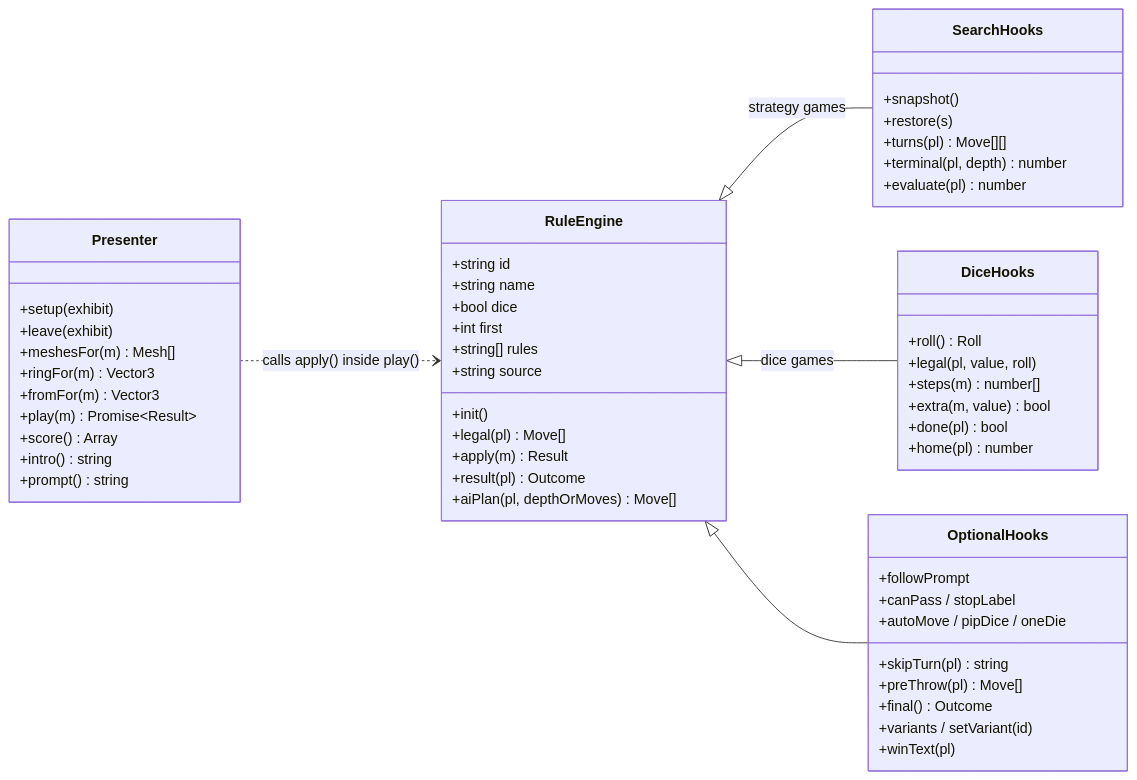
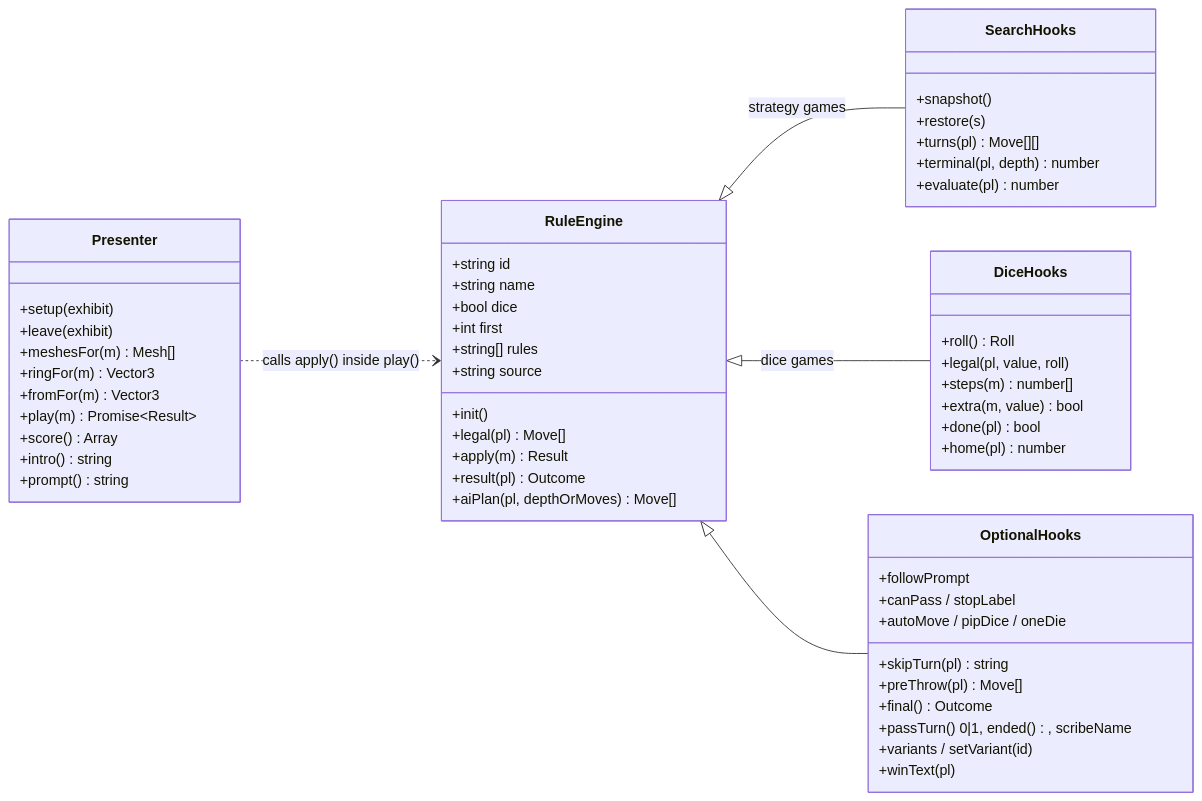
The first of 4 diagrams in docs/engines.md (CptNope/Librarium-Archives), drawn with Mermaid before and after one commit. The commit also changed other lines of this file and 15 other files, not shown here.

````diff
--- a/docs/engines.md
+++ b/docs/engines.md
@@ -5,57 +5,58 @@
 ```mermaid
 classDiagram
     direction LR
     class RuleEngine {
         +string id
         +string name
         +bool dice
         +int first
         +string[] rules
         +string source
         +init()
         +legal(pl) Move[]
         +apply(m) Result
         +result(pl) Outcome
         +aiPlan(pl, depthOrMoves) Move[]
     }
     class SearchHooks {
         +snapshot()
         +restore(s)
         +turns(pl) Move[][]
         +terminal(pl, depth) number
         +evaluate(pl) number
     }
     class DiceHooks {
         +roll() Roll
         +legal(pl, value, roll)
         +steps(m) number[]
         +extra(m, value) bool
         +done(pl) bool
         +home(pl) number
     }
     class OptionalHooks {
         +followPrompt
         +skipTurn(pl) string
         +preThrow(pl) Move[]
         +final() Outcome
+        +passTurn() 0|1, ended(), scribeName
         +variants / setVariant(id)
         +canPass / stopLabel
         +autoMove / pipDice / oneDie
         +winText(pl)
     }
     class Presenter {
         +setup(exhibit)
         +leave(exhibit)
         +meshesFor(m) Mesh[]
         +ringFor(m) Vector3
         +fromFor(m) Vector3
         +play(m) Promise~Result~
         +score() Array
         +intro() string
         +prompt() string
     }
     RuleEngine <|-- SearchHooks : strategy games
     RuleEngine <|-- DiceHooks : dice games
     RuleEngine <|-- OptionalHooks
     Presenter ..> RuleEngine : calls apply() inside play()
 ```
````
